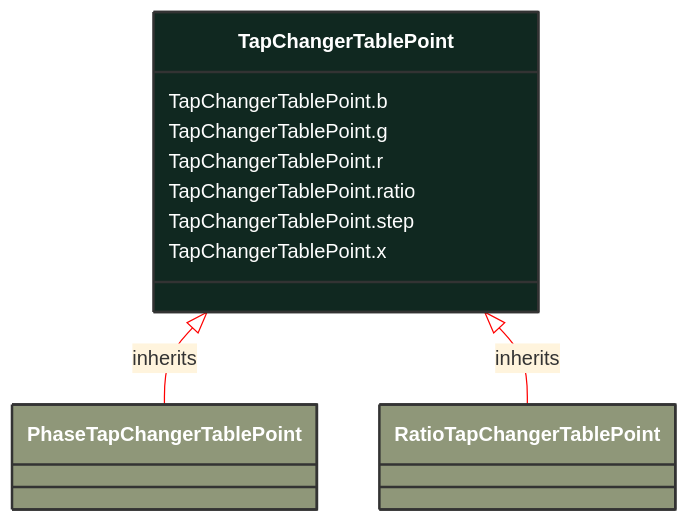
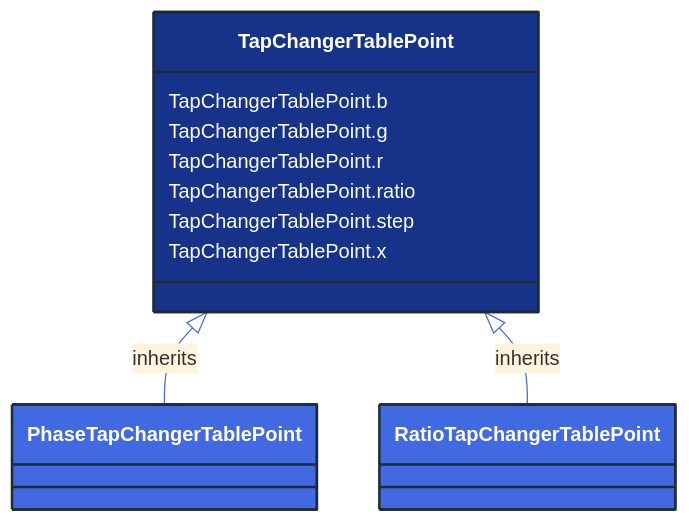
Before and after one commit to 3lbits/NoCIMExtensions: the diagram in docs/Models/Profiles/CoreEquipment/AbstractClasses/TapChangerTablePoint.md, drawn with Mermaid. The commit also changed 362 other files, not shown here.

First line of the commit message:
Update diagrams and styles for improved visual consistency

````diff
--- a/docs/Models/Profiles/CoreEquipment/AbstractClasses/TapChangerTablePoint.md
+++ b/docs/Models/Profiles/CoreEquipment/AbstractClasses/TapChangerTablePoint.md
@@ -10,28 +10,28 @@
 ```mermaid
-%%{init: {'theme':'base','themeVariables': {'lineColor': '#FF0000'}}}%%
+%%{init: {'theme':'base','themeVariables': {'lineColor': '#4169E1'}}}%%
 classDiagram
     class TapChangerTablePoint
     click TapChangerTablePoint href "/Models/Profiles/CoreEquipment/AbstractClasses/TapChangerTablePoint/"
-    style TapChangerTablePoint fill:#102820,stroke:#333,stroke-width:2px,rx:10,ry:10,color:white
+    style TapChangerTablePoint fill:#163289,stroke:#1F2A37,stroke-width:2px,rx:10,ry:10,color:white
 
         TapChangerTablePoint <|-- PhaseTapChangerTablePoint : inherits
 
         PhaseTapChangerTablePoint
             click PhaseTapChangerTablePoint href "/Models/Profiles/CoreEquipment/ConcreteClasses/PhaseTapChangerTablePoint/"
-            style PhaseTapChangerTablePoint fill:#8F9779,stroke:#333,stroke-width:2px,rx:10,ry:10,color:white
+            style PhaseTapChangerTablePoint fill:#4169E1,stroke:#1F2A37,stroke-width:2px,rx:10,ry:10,color:white
 
         TapChangerTablePoint <|-- RatioTapChangerTablePoint : inherits
 
         RatioTapChangerTablePoint
             click RatioTapChangerTablePoint href "/Models/Profiles/CoreEquipment/ConcreteClasses/RatioTapChangerTablePoint/"
-            style RatioTapChangerTablePoint fill:#8F9779,stroke:#333,stroke-width:2px,rx:10,ry:10,color:white
+            style RatioTapChangerTablePoint fill:#4169E1,stroke:#1F2A37,stroke-width:2px,rx:10,ry:10,color:white
 
 
 
         TapChangerTablePoint : TapChangerTablePoint.b
         TapChangerTablePoint : TapChangerTablePoint.g
         TapChangerTablePoint : TapChangerTablePoint.r
         TapChangerTablePoint : TapChangerTablePoint.ratio
         TapChangerTablePoint : TapChangerTablePoint.step
         TapChangerTablePoint : TapChangerTablePoint.x
 ```
````
